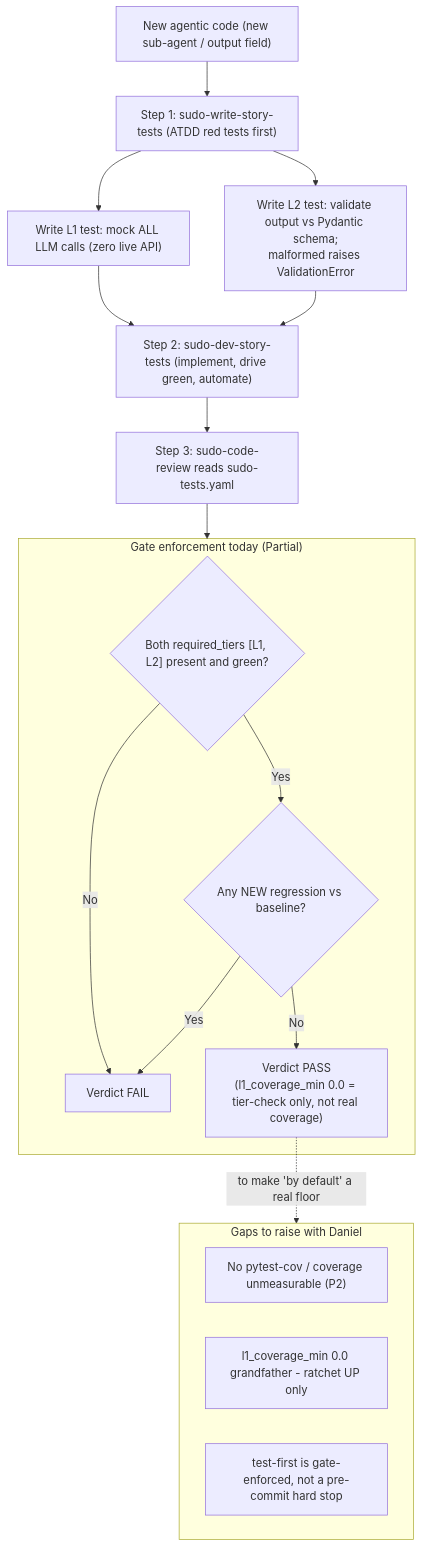
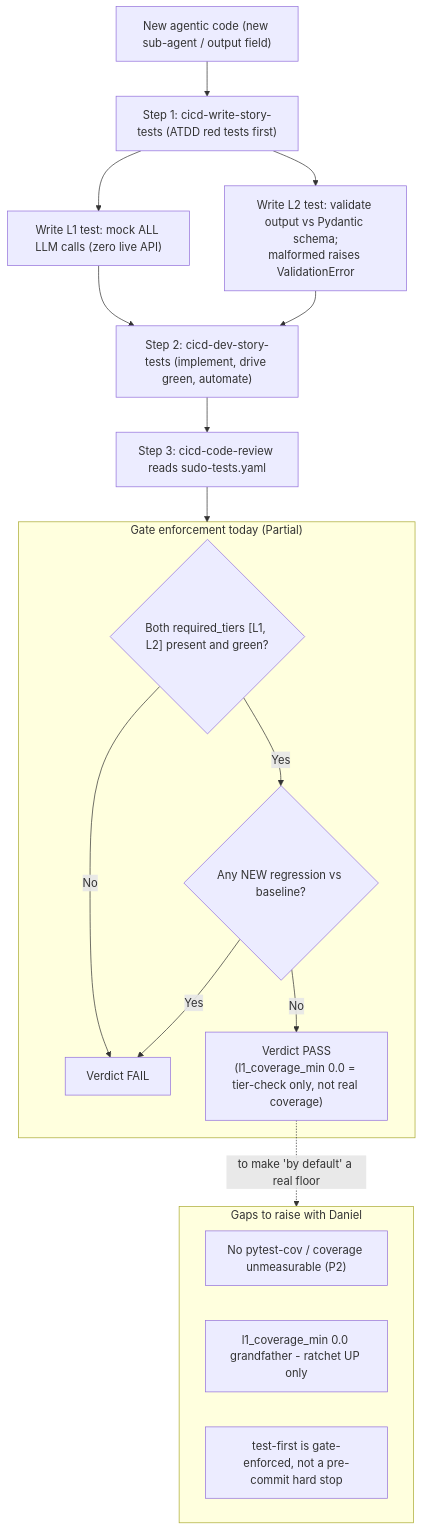
Diagram 12 of 12 in _my_resources/diagrams_guides/workflows_tea_testing/tea_testing_guide.md (sudomadhatter/Sudo_Hatter_Command), drawn with Mermaid before and after one commit. The commit also changed other lines of this file and 402 other files, not shown here.

````diff
--- a/_my_resources/diagrams_guides/workflows_tea_testing/tea_testing_guide.md
+++ b/_my_resources/diagrams_guides/workflows_tea_testing/tea_testing_guide.md
@@ -652,24 +652,24 @@
 ```mermaid
 flowchart TD
-    New["New agentic code (new sub-agent / output field)"] --> S1["Step 1: sudo-write-story-tests (ATDD red tests first)"]
+    New["New agentic code (new sub-agent / output field)"] --> S1["Step 1: cicd-write-story-tests (ATDD red tests first)"]
     S1 --> L1["Write L1 test: mock ALL LLM calls (zero live API)"]
     S1 --> L2["Write L2 test: validate output vs Pydantic schema;\nmalformed raises ValidationError"]
-    L1 --> S2["Step 2: sudo-dev-story-tests (implement, drive green, automate)"]
+    L1 --> S2["Step 2: cicd-dev-story-tests (implement, drive green, automate)"]
     L2 --> S2
-    S2 --> Gate["Step 3: sudo-code-review reads sudo-tests.yaml"]
+    S2 --> Gate["Step 3: cicd-code-review reads sudo-tests.yaml"]
     subgraph GateLogic ["Gate enforcement today (Partial)"]
         G1{"Both required_tiers [L1, L2] present and green?"}
         G2{"Any NEW regression vs baseline?"}
         G1 -->|"No"| FAIL["Verdict FAIL"]
         G1 -->|"Yes"| G2
         G2 -->|"Yes"| FAIL
         G2 -->|"No"| PASS["Verdict PASS\n(l1_coverage_min 0.0 = tier-check only, not real coverage)"]
     end
     Gate --> GateLogic
     subgraph Gaps ["Gaps to raise with Daniel"]
         Z1["No pytest-cov / coverage unmeasurable (P2)"]
         Z2["l1_coverage_min 0.0 grandfather - ratchet UP only"]
         Z3["test-first is gate-enforced, not a pre-commit hard stop"]
     end
     PASS -.->|"to make 'by default' a real floor"| Gaps
 ```
````
